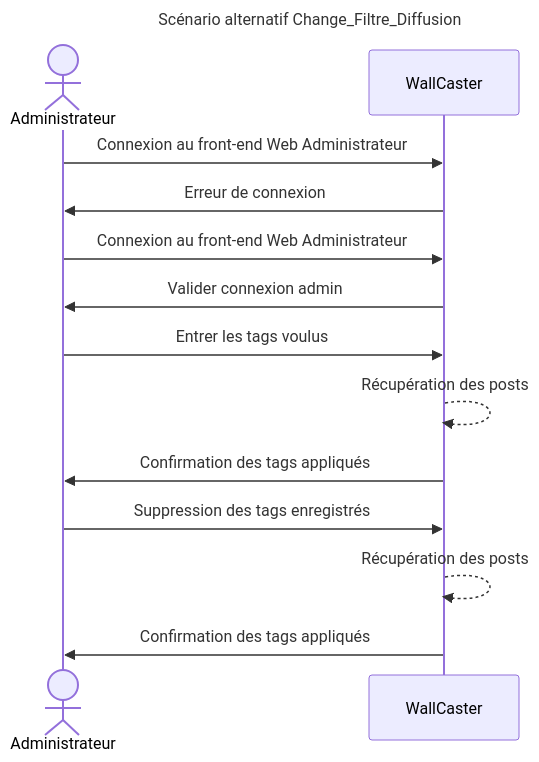
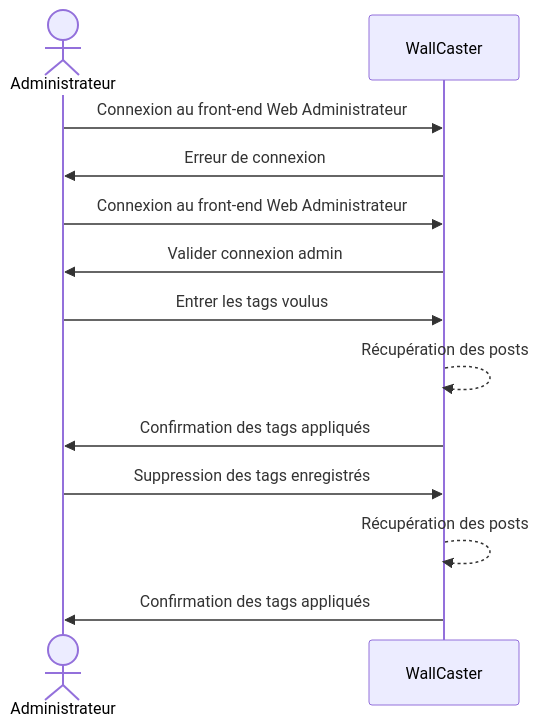
One commit to WallCaster/WallCaster changed diagram 14 of 15 in doc/analisis-report.md. Above: the diagram before and after it, drawn with Mermaid. The commit also changed other lines of this file, not shown here.

Commit message:
mini modif sequence diagram

````diff
--- a/doc/analisis-report.md
+++ b/doc/analisis-report.md
@@ -242,17 +250,16 @@
 ```mermaid
 sequenceDiagram
-  title Scénario alternatif Change_Filtre_Diffusion
   actor A as Administrateur
   participant W as WallCaster
 
   A ->> W : Connexion au front-end Web Administrateur
   W ->> A : Erreur de connexion
   A ->> W : Connexion au front-end Web Administrateur
   W ->> A : Valider connexion admin
   A ->> W : Entrer les tags voulus
   W -->> W : Récupération des posts
   W ->> A : Confirmation des tags appliqués
   A ->> W : Suppression des tags enregistrés
   W -->> W : Récupération des posts
   W ->> A : Confirmation des tags appliqués
 ```
````
